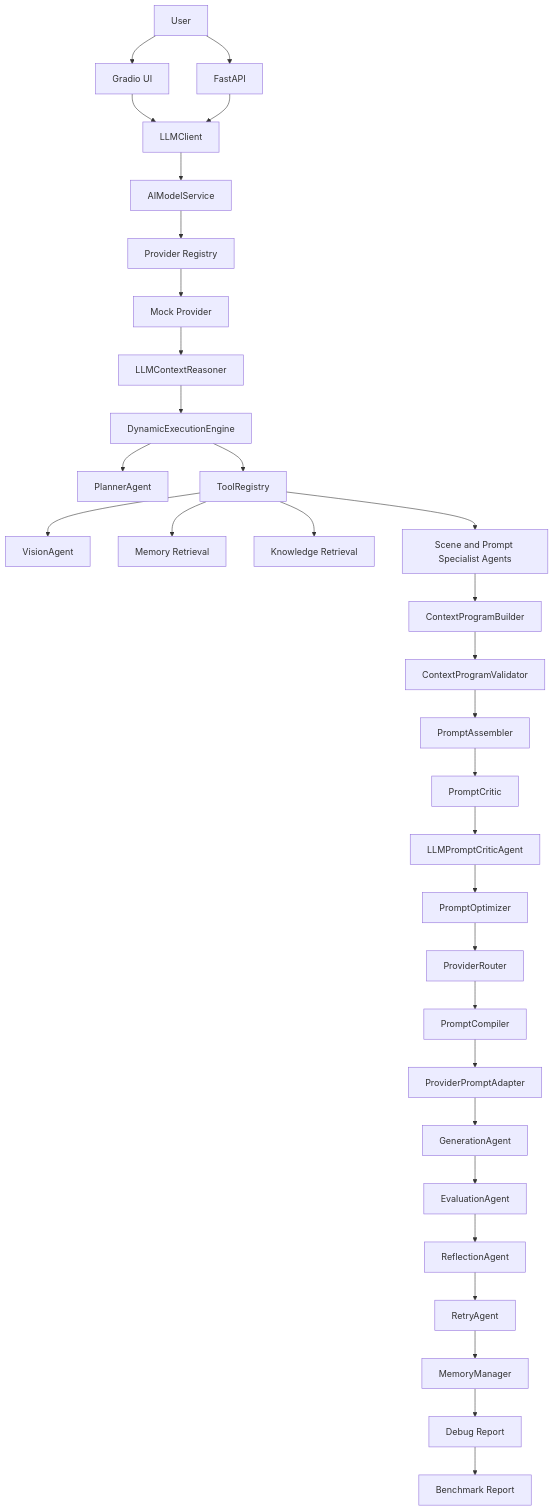
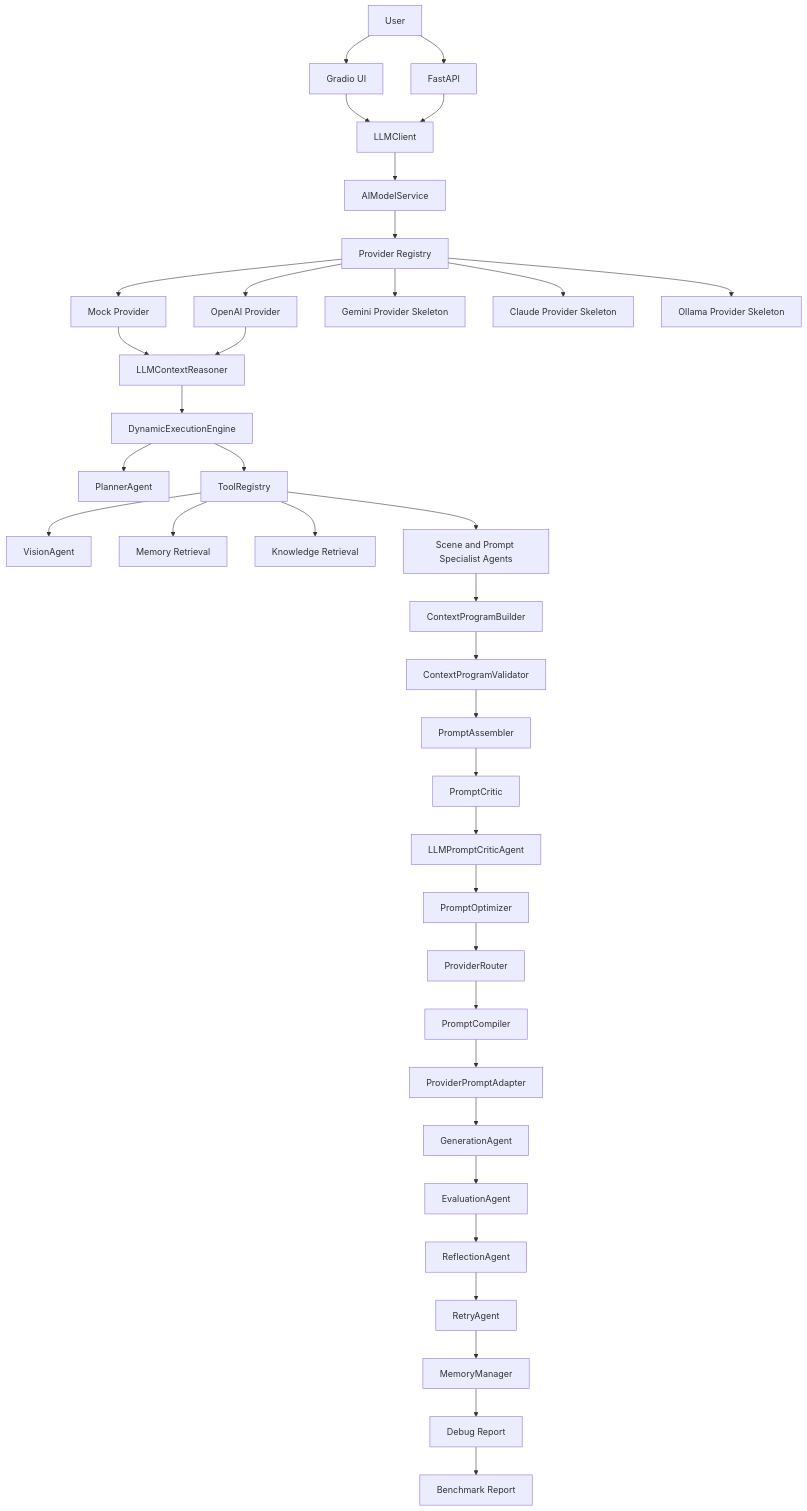
The diagram in docs/architecture.md (wooyybb/multimodal-ai-agent-playground), drawn with Mermaid before and after one commit. The commit also changed other lines of this file and 10 other files, not shown here.

Commit message:
feat(llm): integrate OpenAI provider through model service

````diff
--- a/docs/architecture.md
+++ b/docs/architecture.md
@@ -63,34 +63,39 @@
 ```mermaid
 flowchart TD
     U[User] --> UI[Gradio UI]
     U --> API[FastAPI]
     UI --> LC[LLMClient]
     API --> LC
     LC --> AMS[AIModelService]
     AMS --> REG[Provider Registry]
     REG --> ML[Mock Provider]
+    REG --> OAI[OpenAI Provider]
+    REG --> GEM[Gemini Provider Skeleton]
+    REG --> CLA[Claude Provider Skeleton]
+    REG --> OLL[Ollama Provider Skeleton]
     ML --> LR[LLMContextReasoner]
+    OAI --> LR
     LR --> E[DynamicExecutionEngine]
     E --> P[PlannerAgent]
     E --> R[ToolRegistry]
     R --> V[VisionAgent]
     R --> M1[Memory Retrieval]
     R --> K[Knowledge Retrieval]
     R --> S[Scene and Prompt Specialist Agents]
     S --> CP[ContextProgramBuilder]
     CP --> CV[ContextProgramValidator]
     CV --> PA[PromptAssembler]
     PA --> PC[PromptCritic]
     PC --> LPC[LLMPromptCriticAgent]
     LPC --> PO[PromptOptimizer]
     PO --> PR[ProviderRouter]
     PR --> PCMP[PromptCompiler]
     PCMP --> PPA[ProviderPromptAdapter]
     PPA --> G[GenerationAgent]
     G --> EV[EvaluationAgent]
     EV --> RF[ReflectionAgent]
     RF --> RT[RetryAgent]
     RT --> MM[MemoryManager]
     MM --> DR[Debug Report]
     DR --> B[Benchmark Report]
 ```
````
